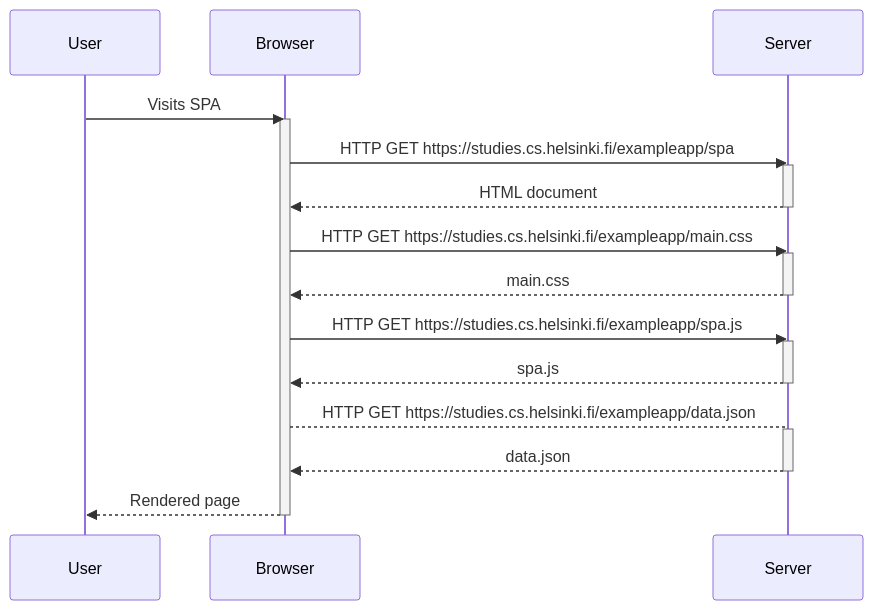
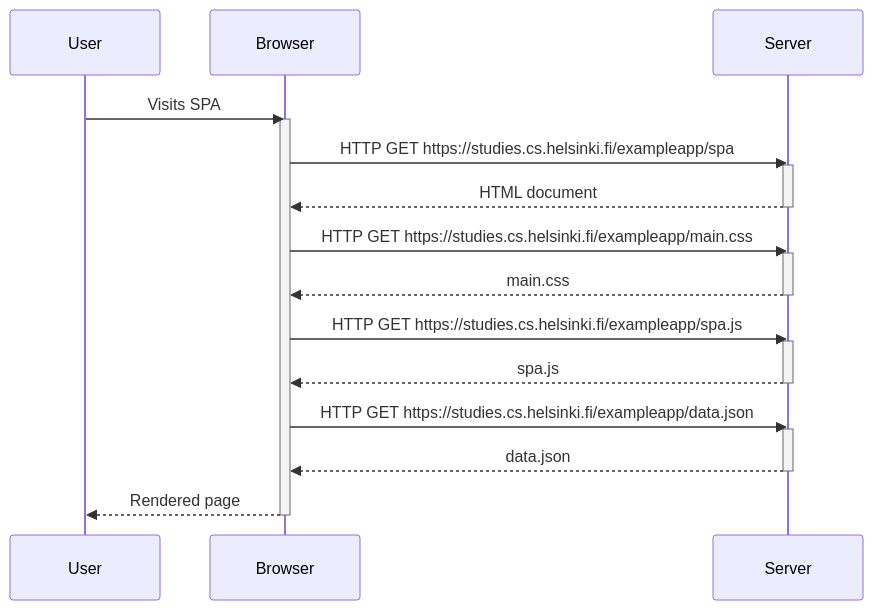
One commit to alexander7295/FullstackOpen-Submission-Repository changed the diagram in part0/exercise_0.5_SPA_Diagram.md. Above: the diagram before and after it, drawn with Mermaid.

Commit message:
Fixed arrow type

````diff
--- a/part0/exercise_0.5_SPA_Diagram.md
+++ b/part0/exercise_0.5_SPA_Diagram.md
@@ -1,32 +1,32 @@
 ```mermaid
 sequenceDiagram
     participant User
     participant Browser
     participant Server
 
     User->>Browser: Visits SPA
 
     activate Browser
     Browser->>Server: HTTP GET https://studies.cs.helsinki.fi/exampleapp/spa
     activate Server
     Server-->>Browser: HTML document
     deactivate Server
 
     Browser->>Server: HTTP GET https://studies.cs.helsinki.fi/exampleapp/main.css
     activate Server
     Server-->>Browser: main.css
     deactivate Server
     
     Browser->>Server: HTTP GET https://studies.cs.helsinki.fi/exampleapp/spa.js
     activate Server
     Server-->>Browser: spa.js
     deactivate Server
 
-    Browser-->Server: HTTP GET https://studies.cs.helsinki.fi/exampleapp/data.json
+    Browser->>Server: HTTP GET https://studies.cs.helsinki.fi/exampleapp/data.json
     activate Server
     Server-->>Browser: data.json
     deactivate Server
 
     Browser-->>User: Rendered page
     deactivate Browser
 ```
````
